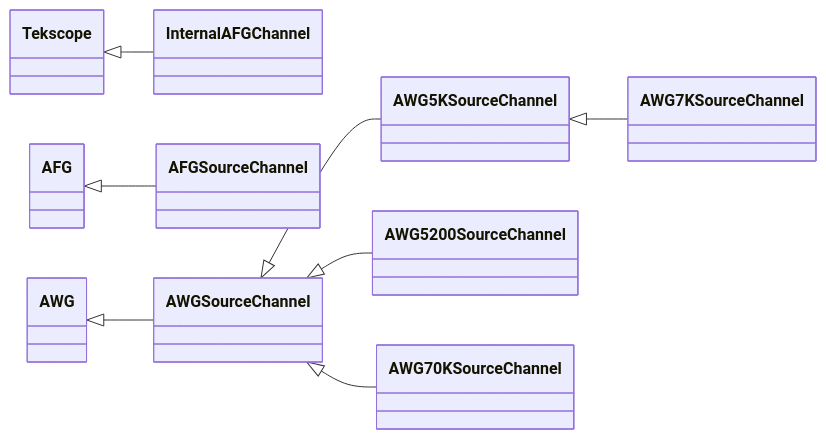
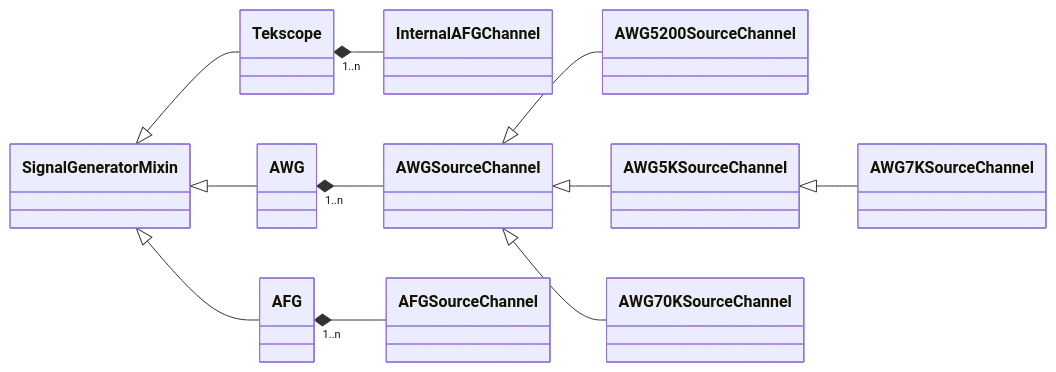
The second of 5 diagrams in docs/advanced/signal_generators.md (tektronix/tm_devices), drawn with Mermaid before and after one commit. The commit also changed other lines of this file and 10 other files, not shown here.

````diff
--- a/docs/advanced/signal_generators.md
+++ b/docs/advanced/signal_generators.md
@@ -51,13 +51,16 @@
 ```mermaid
 classDiagram
     direction LR
 
-    Tekscope <|-- InternalAFGChannel
-    AFG <|-- AFGSourceChannel
+    SignalGeneratorMixin <|-- Tekscope
+    SignalGeneratorMixin <|-- AFG
+    SignalGeneratorMixin <|-- AWG
 
-    AWG <|-- AWGSourceChannel
+    Tekscope "1..n" *-- InternalAFGChannel
+    AWG "1..n" *-- AWGSourceChannel
+    AWGSourceChannel <|-- AWG5200SourceChannel
     AWGSourceChannel <|-- AWG5KSourceChannel
     AWG5KSourceChannel <|-- AWG7KSourceChannel
-    AWGSourceChannel <|-- AWG5200SourceChannel
     AWGSourceChannel <|-- AWG70KSourceChannel
+    AFG "1..n" *-- AFGSourceChannel
 ```
````
